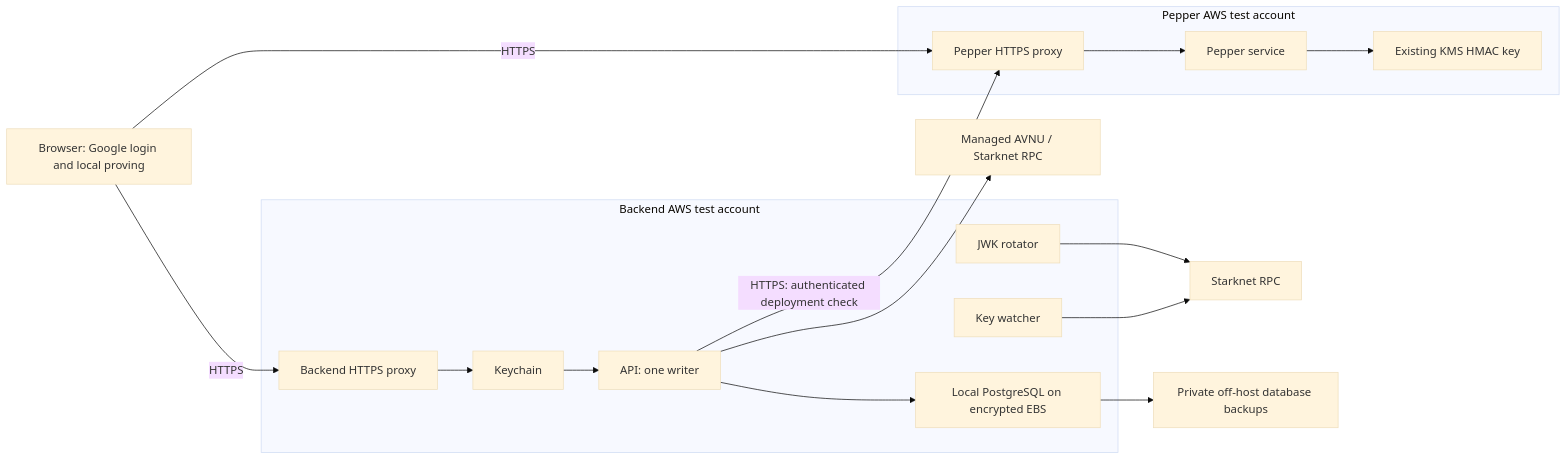
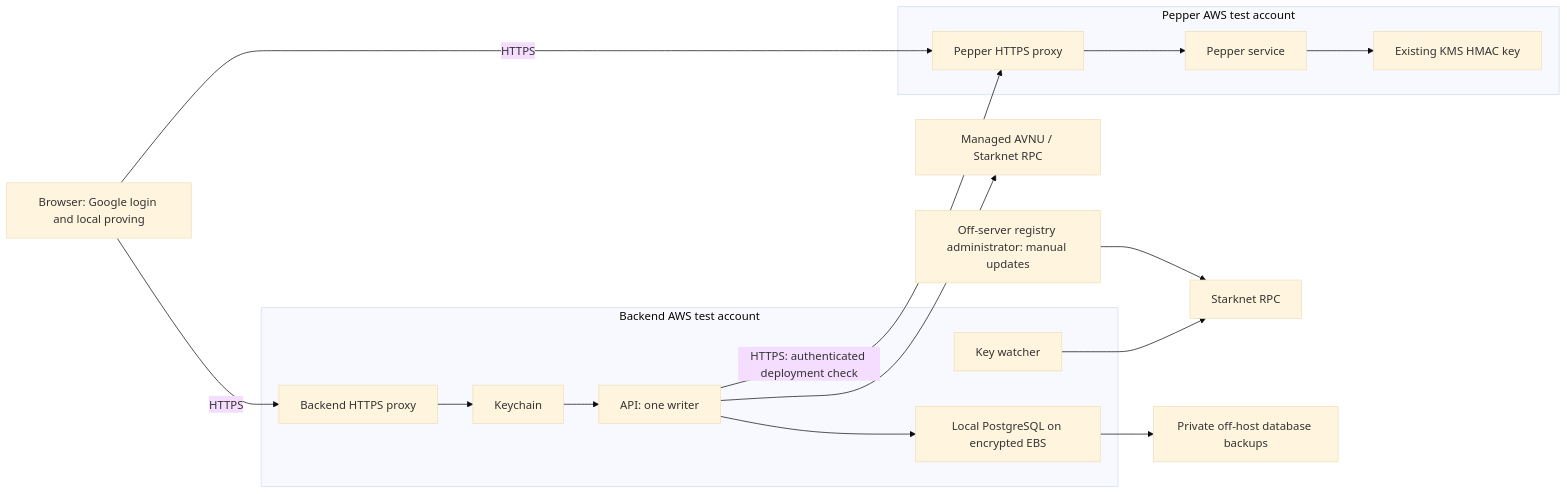
The diagram in infra/aws/terraform/HOSTING_REVIEW.md (starknet-innovation/kamui), drawn with Mermaid (base theme) before and after one commit. The commit also changed other lines of this file and 107 other files, not shown here.

````diff
--- a/infra/aws/terraform/HOSTING_REVIEW.md
+++ b/infra/aws/terraform/HOSTING_REVIEW.md
@@ -15,21 +15,20 @@
 ```mermaid
 flowchart LR
     B[Browser: Google login and local proving] -->|HTTPS| H[Backend HTTPS proxy]
     subgraph Backend AWS test account
       H --> K[Keychain]
       K --> A[API: one writer]
       A --> P[Local PostgreSQL on encrypted EBS]
-      R[JWK rotator]
       W[Key watcher]
     end
     B -->|HTTPS| PH[Pepper HTTPS proxy]
     subgraph Pepper AWS test account
       PH --> S[Pepper service]
       S --> M[Existing KMS HMAC key]
     end
     A -->|HTTPS: authenticated deployment check| PH
     A --> V[Managed AVNU / Starknet RPC]
-    R --> RPC[Starknet RPC]
+    O[Off-server registry administrator: manual updates] --> RPC[Starknet RPC]
     W --> RPC
     P --> BK[Private off-host database backups]
 ```
````
